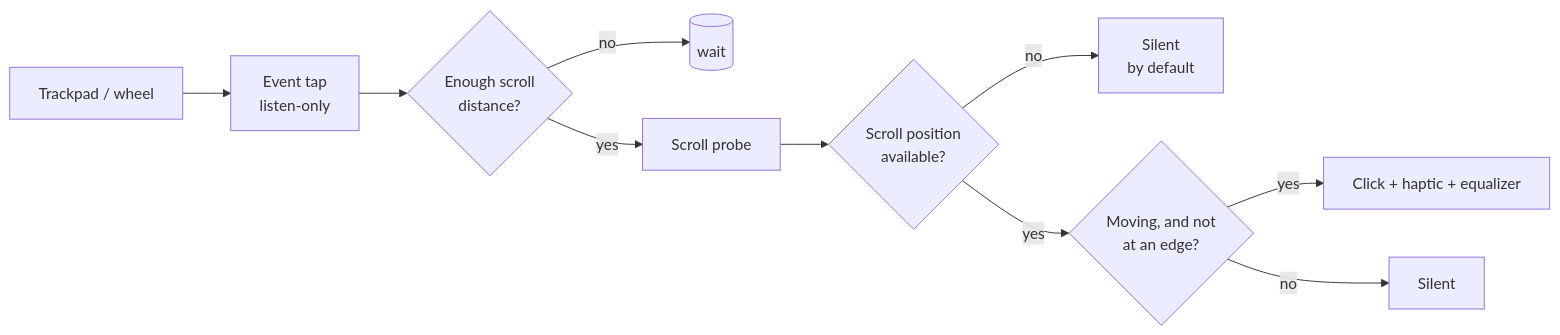
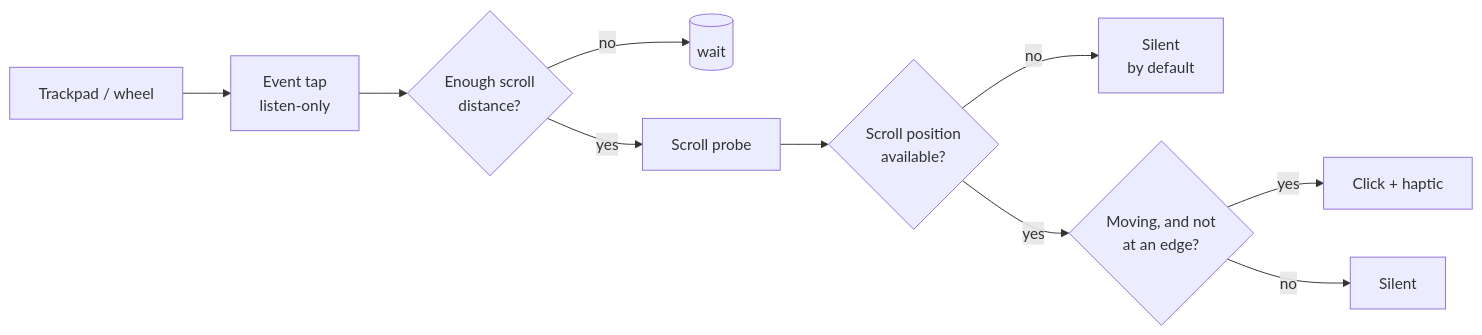
One commit to pushpam2404/scrollo changed the diagram in docs/HOW_IT_WORKS.md. Above: the diagram before and after it, drawn with Mermaid. The commit also changed other lines of this file and 9 other files, not shown here.

````diff
--- a/docs/HOW_IT_WORKS.md
+++ b/docs/HOW_IT_WORKS.md
@@ -5,12 +5,12 @@
 ```mermaid
 flowchart LR
     A[Trackpad / wheel] --> B[Event tap<br/>listen-only]
     B --> C{Enough scroll<br/>distance?}
     C -- no --> Z[(wait)]
     C -- yes --> D[Scroll probe]
     D --> E{Scroll position<br/>available?}
     E -- no --> S1[Silent<br/>by default]
     E -- yes --> F{Moving, and not<br/>at an edge?}
-    F -- yes --> G[Click + haptic + equalizer]
+    F -- yes --> G[Click + haptic]
     F -- no --> S2[Silent]
 ```
````
